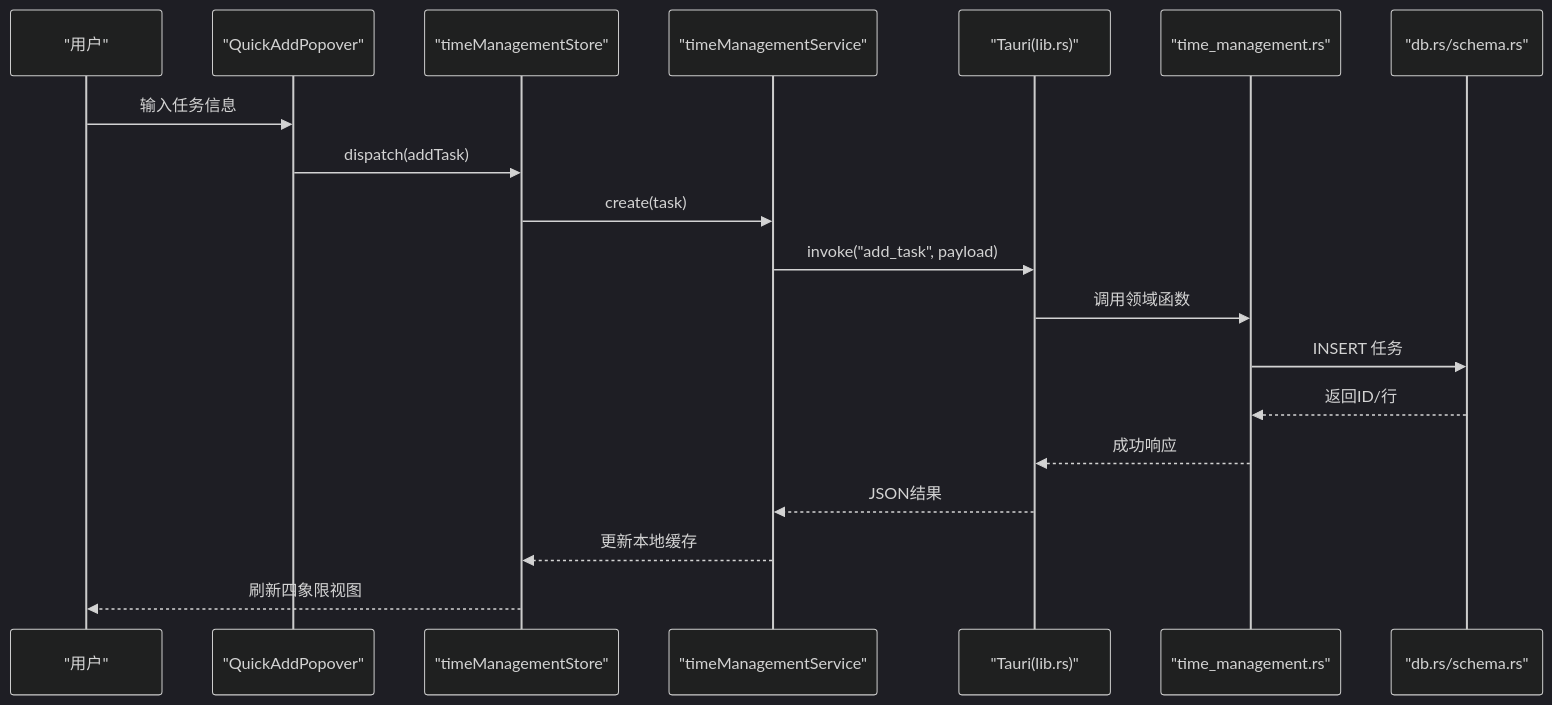
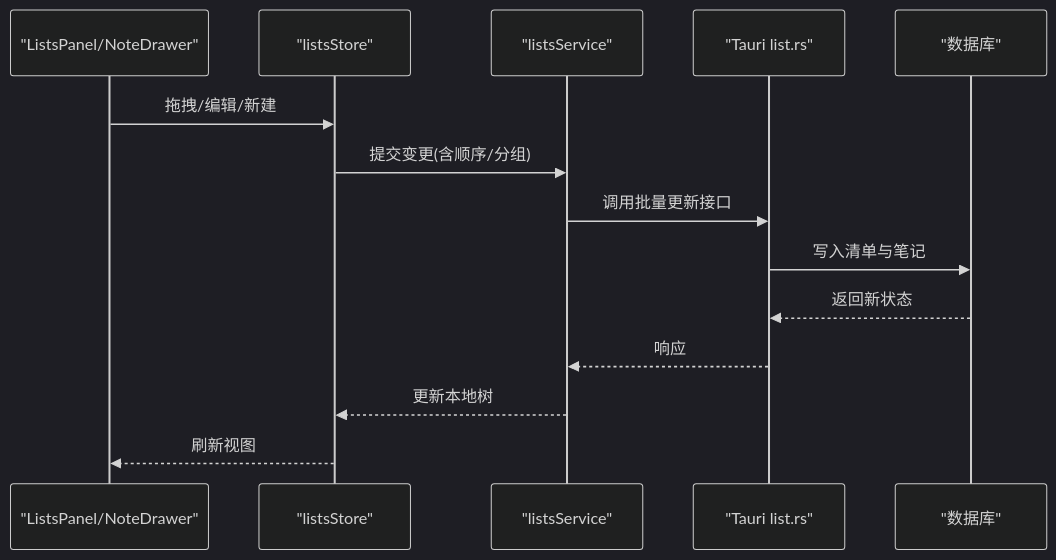
Before and after one commit to gzdxhujiale/FishWorker: the sixth of 9 diagrams in .qoder/repowiki/zh/content/核心功能模块/核心功能模块.md, drawn with Mermaid (dark theme). The commit also changed other lines of this file and 238 other files, not shown here.

````diff
--- a/.qoder/repowiki/zh/content/核心功能模块/核心功能模块.md
+++ b/.qoder/repowiki/zh/content/核心功能模块/核心功能模块.md
@@ -262,21 +315,16 @@
 ```mermaid
 sequenceDiagram
-participant U as "用户"
-participant QAP as "QuickAddPopover"
-participant Store as "timeManagementStore"
-participant Svc as "timeManagementService"
-participant Tauri as "Tauri(lib.rs)"
-participant TM as "time_management.rs"
-participant DB as "db.rs/schema.rs"
-U->>QAP : 输入任务信息
-QAP->>Store : dispatch(addTask)
-Store->>Svc : create(task)
-Svc->>Tauri : invoke("add_task", payload)
-Tauri->>TM : 调用领域函数
-TM->>DB : INSERT 任务
-DB-->>TM : 返回ID/行
-TM-->>Tauri : 成功响应
-Tauri-->>Svc : JSON结果
-Svc-->>Store : 更新本地缓存
-Store-->>U : 刷新四象限视图
+participant UI as "ListsPanel/NoteDrawer"
+participant STORE as "listsStore"
+participant SVC as "listsService"
+participant TA as "Tauri list.rs"
+participant DB as "数据库"
+UI->>STORE : 拖拽/编辑/新建
+STORE->>SVC : 提交变更(含顺序/分组)
+SVC->>TA : 调用批量更新接口
+TA->>DB : 写入清单与笔记
+DB-->>TA : 返回新状态
+TA-->>SVC : 响应
+SVC-->>STORE : 更新本地树
+STORE-->>UI : 刷新视图
 ```
````
